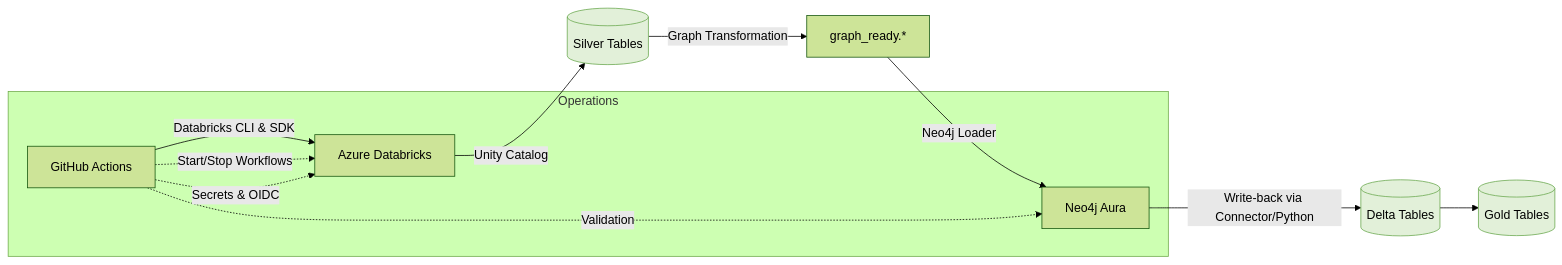
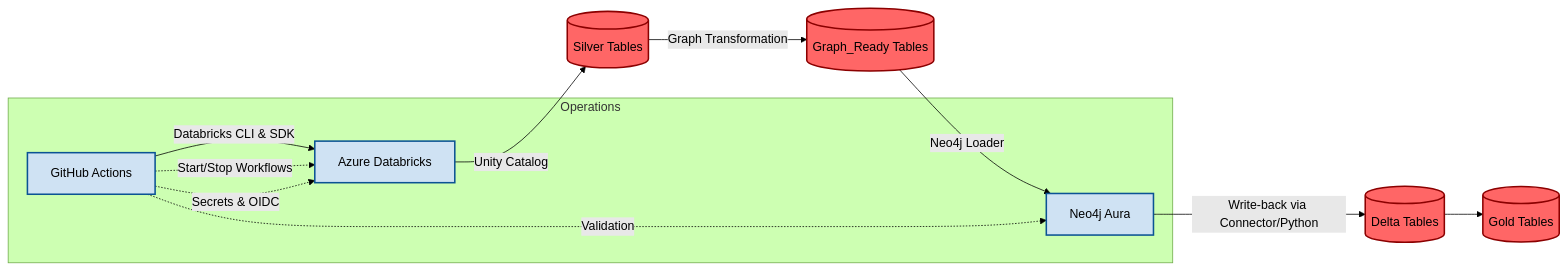
One commit to joy-neo4j/neo4j-databricks-azure-pipeline changed the diagram in docs/diagrams/architecture.mmd. Above: the diagram before and after it, drawn with Mermaid (forest theme).

```diff
--- a/docs/diagrams/architecture.mmd
+++ b/docs/diagrams/architecture.mmd
@@ -1,19 +1,22 @@
 %% Mermaid diagram: System + Data Flow Architecture
 %% Render using Mermaid-compatible viewers or GH Markdown (via extensions)
 
 flowchart LR
   GH[GitHub Actions] -->|Databricks CLI & SDK| DBX[Azure Databricks]
   DBX -->|Unity Catalog| Silver[(Silver Tables)]
-  Silver -->|Graph Transformation| GR[graph_ready.*]
+  Silver -->|Graph Transformation| GR[(Graph_Ready Tables)]
   GR -->|Neo4j Loader| NEO4J[Neo4j Aura]
   NEO4J -->|Write-back via Connector/Python| Delta[(Delta Tables)]
   Delta --> Gold[(Gold Tables)]
 
   subgraph Operations
     GH -.->|Start/Stop Workflows| DBX
     GH -.->|Secrets & OIDC| DBX
     GH -.->|Validation| NEO4J
   end
 
-  classDef store fill:#e2f0d9,stroke:#6aa84f,stroke-width:1px;
-  class Silver,Delta,Gold store
+  classDef store fill:#ff6666,stroke:#8b0000,stroke-width:2px;
+  class Silver,Delta,GR,Gold store
+
+  classDef compute fill:#cfe2f3,stroke:#0b5394,stroke-width:2px;
+  class GH,DBX,NEO4J compute
```
